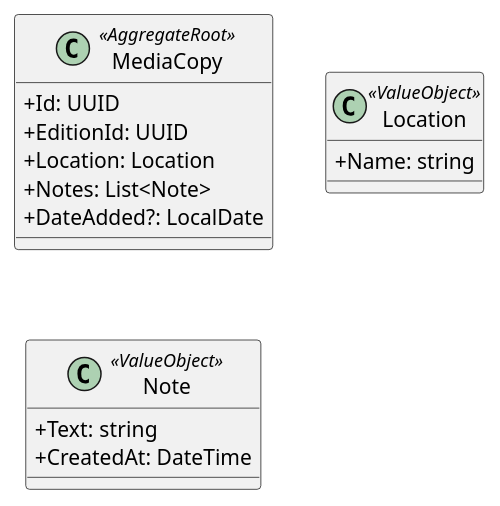
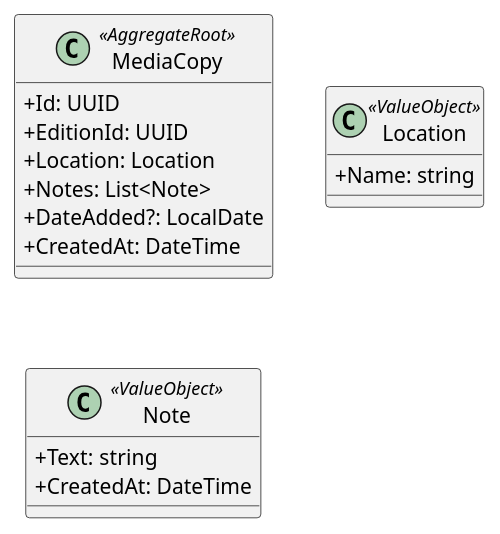
One commit to yantue/colleq changed the diagram in docs/uml/domain/domain-media-copy.puml. Above: the diagram before and after it, drawn with PlantUML. The commit also changed 2 other files, not shown here.

```diff
--- a/docs/uml/domain/domain-media-copy.puml
+++ b/docs/uml/domain/domain-media-copy.puml
@@ -1,21 +1,22 @@
 @startuml
 skinparam classAttributeIconSize 0
 
 class MediaCopy <<AggregateRoot>> {
     +Id: UUID
     +EditionId: UUID
     +Location: Location
     +Notes: List<Note>
     +DateAdded?: LocalDate
+    +CreatedAt: DateTime
 }
 
 class Location <<ValueObject>> {
     +Name: string
 }
 
 class Note <<ValueObject>> {
     +Text: string
     +CreatedAt: DateTime
 }
 
 @enduml
```
